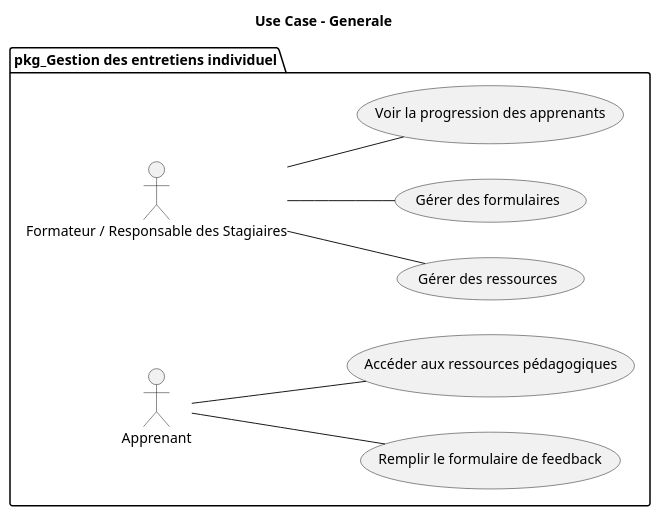
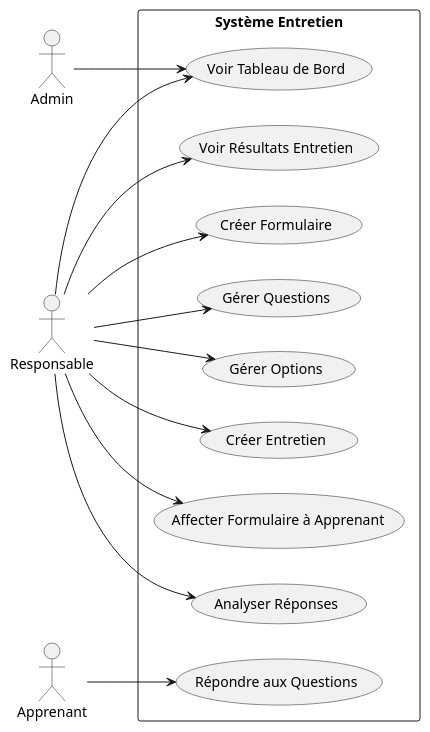
Before and after one commit to bardichoussama/FileRouge: the diagram in Branche Fonctionnelle/Analyse/UseCaseGeneral.puml, drawn with PlantUML.

```diff
--- a/Branche Fonctionnelle/Analyse/UseCaseGeneral.puml
+++ b/Branche Fonctionnelle/Analyse/UseCaseGeneral.puml
@@ -1,26 +1,33 @@
 @startuml
-package "pkg_Gestion des entretiens individuel" {
-    title Use Case - Generale
+left to right direction
 
-    left to right direction
+actor Admin
+actor Responsable
+actor Apprenant
 
-    actor "Formateur / Responsable des Stagiaires" as RespoFormateur
-    actor "Apprenant" as Apprenant
+rectangle "Système Entretien" {
+  usecase "Créer Formulaire" as UC1
+  usecase "Gérer Questions" as UC2
+  usecase "Gérer Options" as UC3
+  usecase "Créer Entretien" as UC4
+  usecase "Affecter Formulaire à Apprenant" as UC5
+  usecase "Voir Tableau de Bord" as UC6
+  usecase "Répondre aux Questions" as UC7
+  usecase "Voir Résultats Entretien" as UC8
+  usecase "Analyser Réponses" as UC9
+}
 
-    usecase "Gérer des ressources" as UC1
-    usecase "Gérer des formulaires" as UC2
-    usecase "Voir la progression des apprenants" as UC3
-    usecase "Remplir le formulaire de feedback" as UC4
-    usecase "Accéder aux ressources pédagogiques" as UC5
-  
+Responsable --> UC1
+Responsable --> UC2
+Responsable --> UC3
+Responsable --> UC4
+Responsable --> UC5
+Responsable --> UC6
+Responsable --> UC8
+Responsable --> UC9
 
-    RespoFormateur -- UC1
-    RespoFormateur -- UC2
-    RespoFormateur -- UC3
-  
+Apprenant --> UC7
 
-    Apprenant -- UC4
-    Apprenant -- UC5
+Admin --> UC6
 
-}
 @enduml
```
